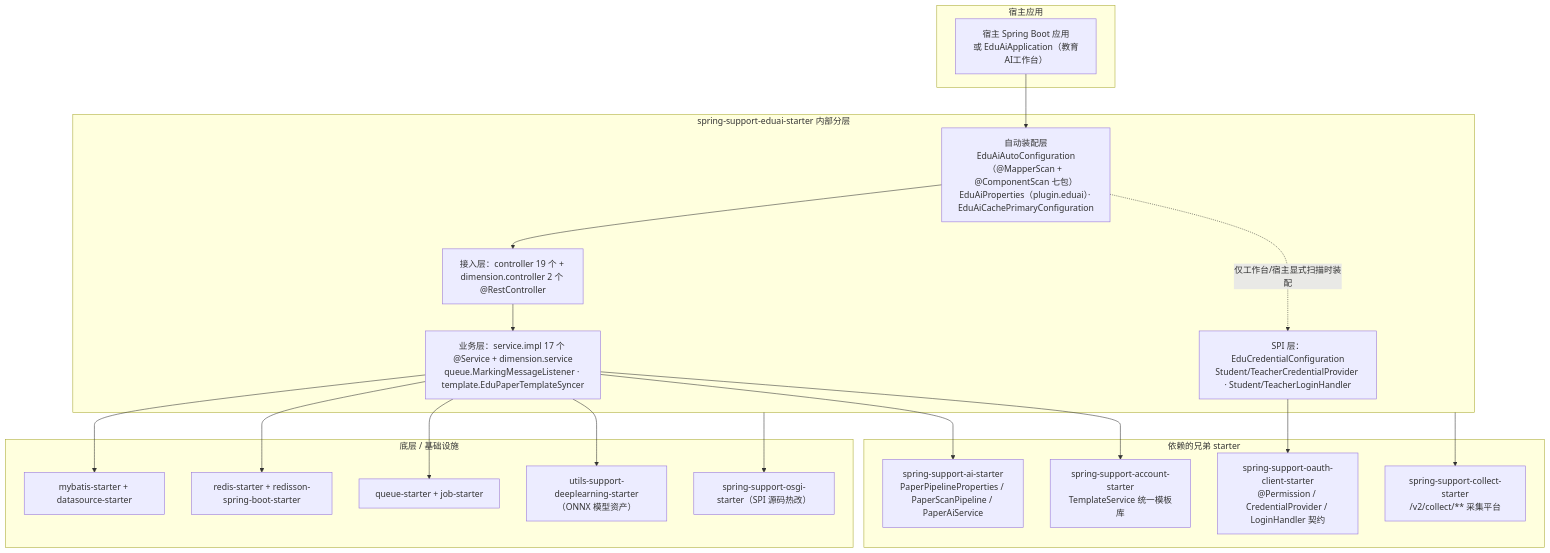
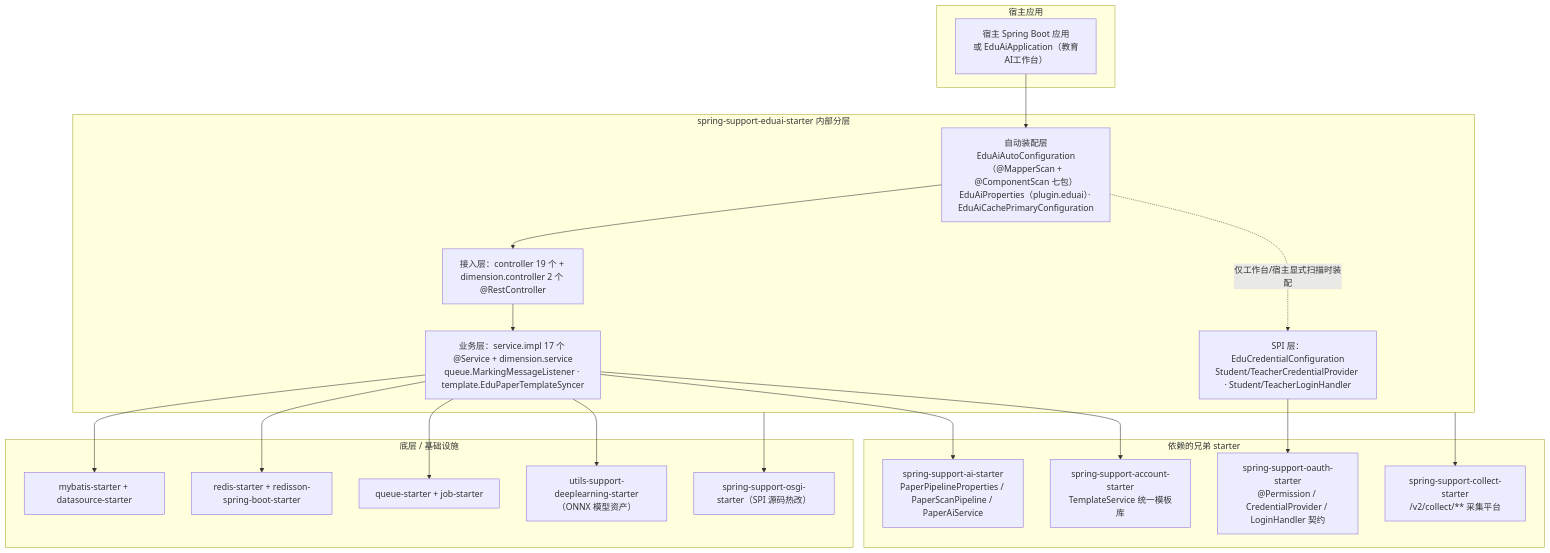
Before and after one commit to CHTK001/spring-support-parent-starter: the first of 2 diagrams in spring-support-eduai-starter/README.md, drawn with Mermaid. The commit also changed other lines of this file and 246 other files, not shown here.

````diff
--- a/spring-support-eduai-starter/README.md
+++ b/spring-support-eduai-starter/README.md
@@ -10,38 +10,38 @@
 ```mermaid
 flowchart TB
     subgraph host["宿主应用"]
         APP["宿主 Spring Boot 应用<br/>或 EduAiApplication（教育AI工作台）"]
     end
     subgraph eduai["spring-support-eduai-starter 内部分层"]
         AC["自动装配层<br/>EduAiAutoConfiguration（@MapperScan + @ComponentScan 七包）<br/>EduAiProperties（plugin.eduai）· EduAiCachePrimaryConfiguration"]
         WEB["接入层：controller 19 个 + dimension.controller 2 个 @RestController"]
         SVC["业务层：service.impl 17 个 @Service + dimension.service<br/>queue.MarkingMessageListener · template.EduPaperTemplateSyncer"]
         SPI["SPI 层：EduCredentialConfiguration<br/>Student/TeacherCredentialProvider · Student/TeacherLoginHandler"]
         AC --> WEB
         WEB --> SVC
         AC -. 仅工作台/宿主显式扫描时装配 .-> SPI
     end
     subgraph siblings["依赖的兄弟 starter"]
         AI["spring-support-ai-starter<br/>PaperPipelineProperties / PaperScanPipeline / PaperAiService"]
         ACCOUNT["spring-support-account-starter<br/>TemplateService 统一模板库"]
-        OAUTH["spring-support-oauth-client-starter<br/>@Permission / CredentialProvider / LoginHandler 契约"]
+        OAUTH["spring-support-oauth-starter<br/>@Permission / CredentialProvider / LoginHandler 契约"]
         COLLECT["spring-support-collect-starter<br/>/v2/collect/** 采集平台"]
     end
     subgraph infra["底层 / 基础设施"]
         MYB["mybatis-starter + datasource-starter"]
         REDIS["redis-starter + redisson-spring-boot-starter"]
         QUEUE["queue-starter + job-starter"]
         DL["utils-support-deeplearning-starter（ONNX 模型资产）"]
         OSGI["spring-support-osgi-starter（SPI 源码热改）"]
     end
     APP --> AC
     SVC --> AI
     SVC --> ACCOUNT
     SPI --> OAUTH
     eduai --> COLLECT
     SVC --> MYB
     SVC --> REDIS
     SVC --> QUEUE
     SVC --> DL
     eduai --> OSGI
 ```
````
